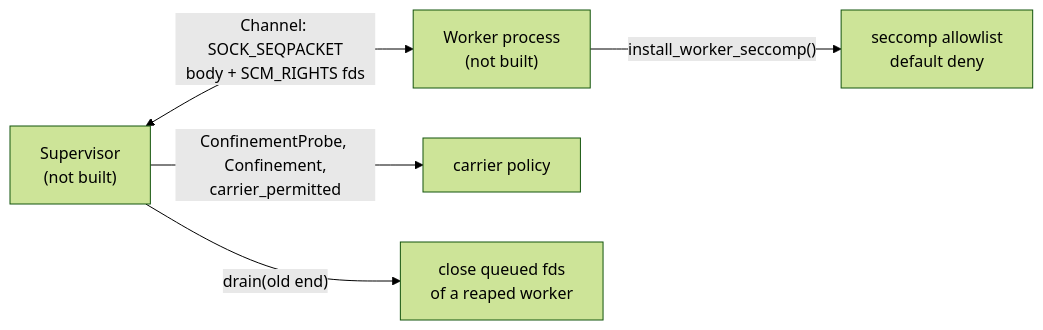
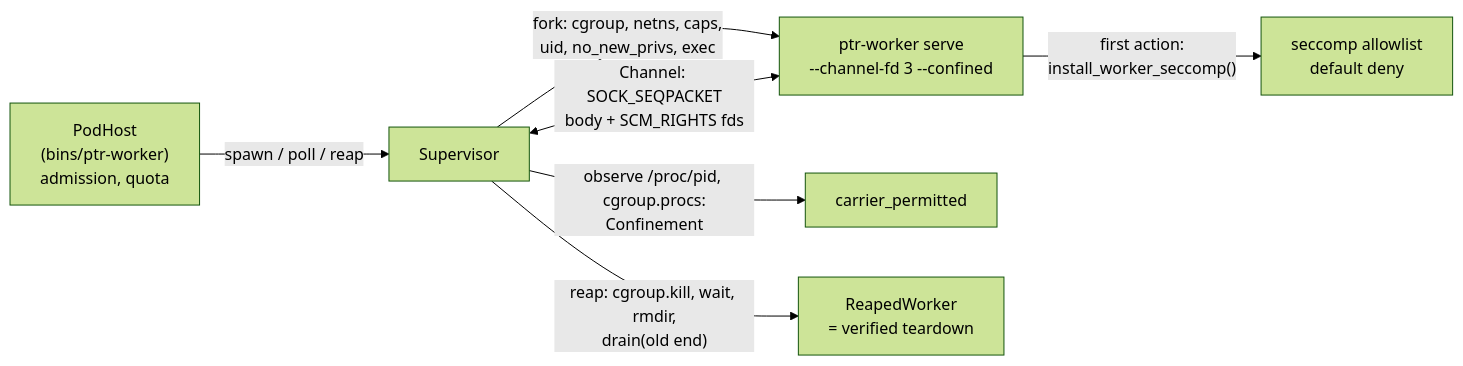
Before and after one commit to xrey167/PTR: the diagram in crates/ptr-fabric/README.md, drawn with Mermaid (forest theme). The commit also changed other lines of this file and 34 other files, not shown here.

````diff
--- a/crates/ptr-fabric/README.md
+++ b/crates/ptr-fabric/README.md
@@ -84,7 +99,9 @@
 ```mermaid
 flowchart LR
-    SUP["Supervisor\n(not built)"] <-->|"Channel: SOCK_SEQPACKET\nbody + SCM_RIGHTS fds"| WRK["Worker process\n(not built)"]
-    WRK -->|"install_worker_seccomp()"| SEC["seccomp allowlist\ndefault deny"]
-    SUP -->|"ConfinementProbe, Confinement,\ncarrier_permitted"| POL["carrier policy"]
-    SUP -->|"drain(old end)"| DR["close queued fds\nof a reaped worker"]
+    HOST["PodHost\n(bins/ptr-worker)\nadmission, quota"] -->|"spawn / poll / reap"| SUP["Supervisor"]
+    SUP -->|"fork: cgroup, netns, caps,\nuid, no_new_privs, exec"| WRK["ptr-worker serve\n--channel-fd 3 --confined"]
+    SUP <-->|"Channel: SOCK_SEQPACKET\nbody + SCM_RIGHTS fds"| WRK
+    WRK -->|"first action:\ninstall_worker_seccomp()"| SEC["seccomp allowlist\ndefault deny"]
+    SUP -->|"observe /proc/pid, cgroup.procs:\nConfinement"| POL["carrier_permitted"]
+    SUP -->|"reap: cgroup.kill, wait, rmdir,\ndrain(old end)"| DR["ReapedWorker\n= verified teardown"]
 ```
````
